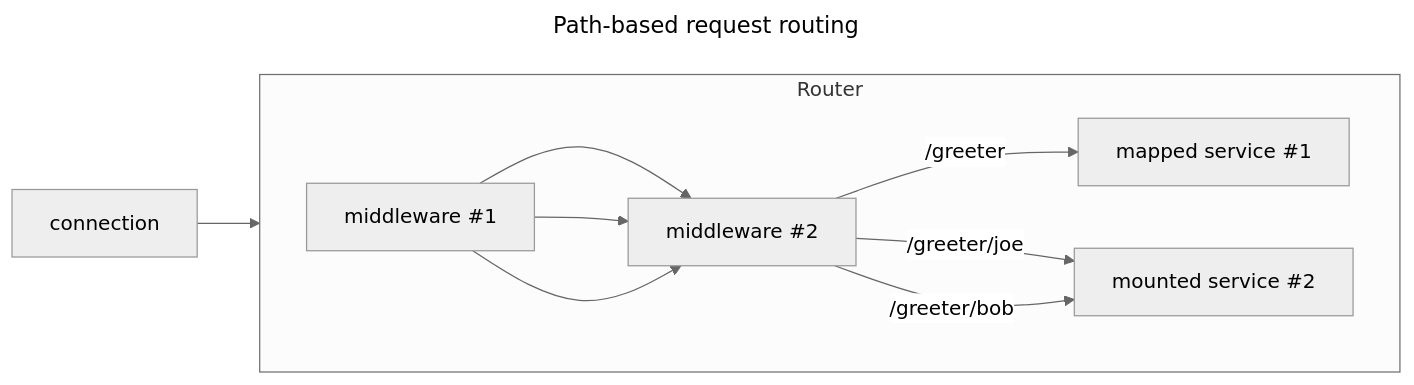
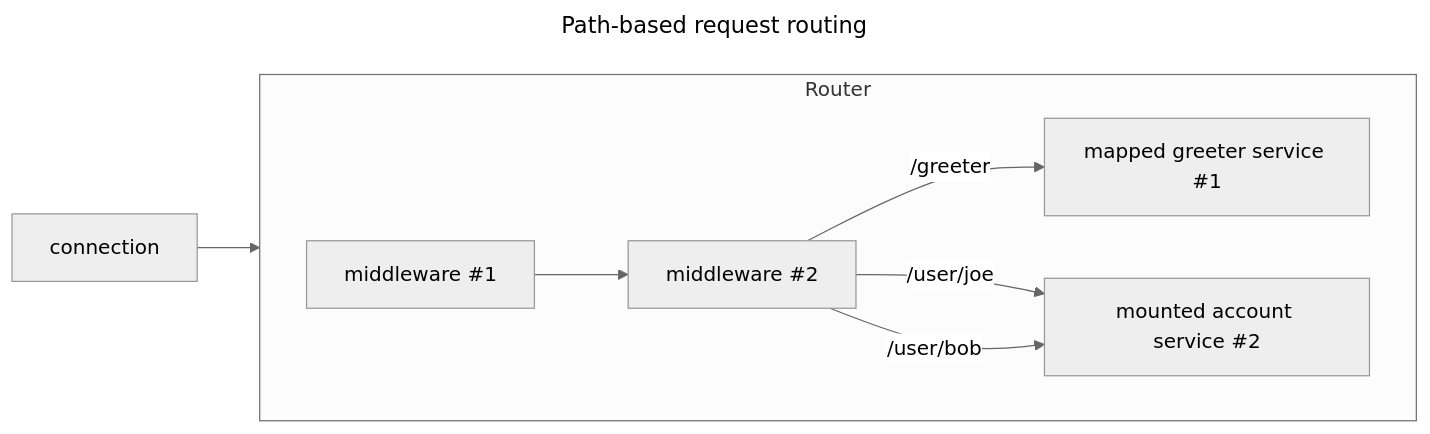
The first of 2 diagrams in pages/icerpc-core/dispatch/router.md (icerpc/icerpc-docs), drawn with Mermaid (neutral theme) before and after one commit. The commit also changed other lines of this file, not shown here.

Commit message:
Fixed bogus diagram and example

````diff
--- a/pages/icerpc-core/dispatch/router.md
+++ b/pages/icerpc-core/dispatch/router.md
@@ -11,13 +11,13 @@
 ```mermaid
 ---
 title: Path-based request routing
 ---
 flowchart LR
     subgraph Router
     direction LR
-    m1["middleware #1"] --> m2["middleware #2"] -- /greeter --> s1["mapped service #1"]
-    m1 --> m2 -- /greeter/joe --> s2["mounted service #2"]
-    m1 --> m2 -- /greeter/bob --> s2
+    m1["middleware #1"] --> m2["middleware #2"] -- /greeter --> s1["mapped greeter service #1"]
+    m2 -- /user/joe --> s2["mounted account service #2"]
+    m2 -- /user/bob --> s2
     end
     connection --> m1
 ```
````
